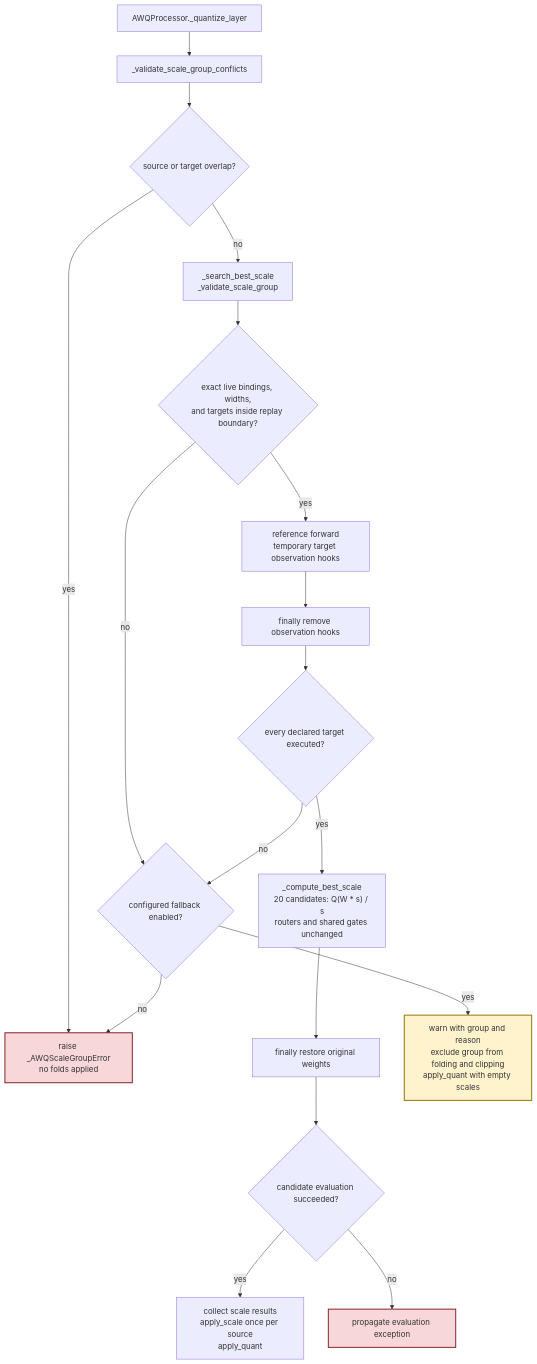
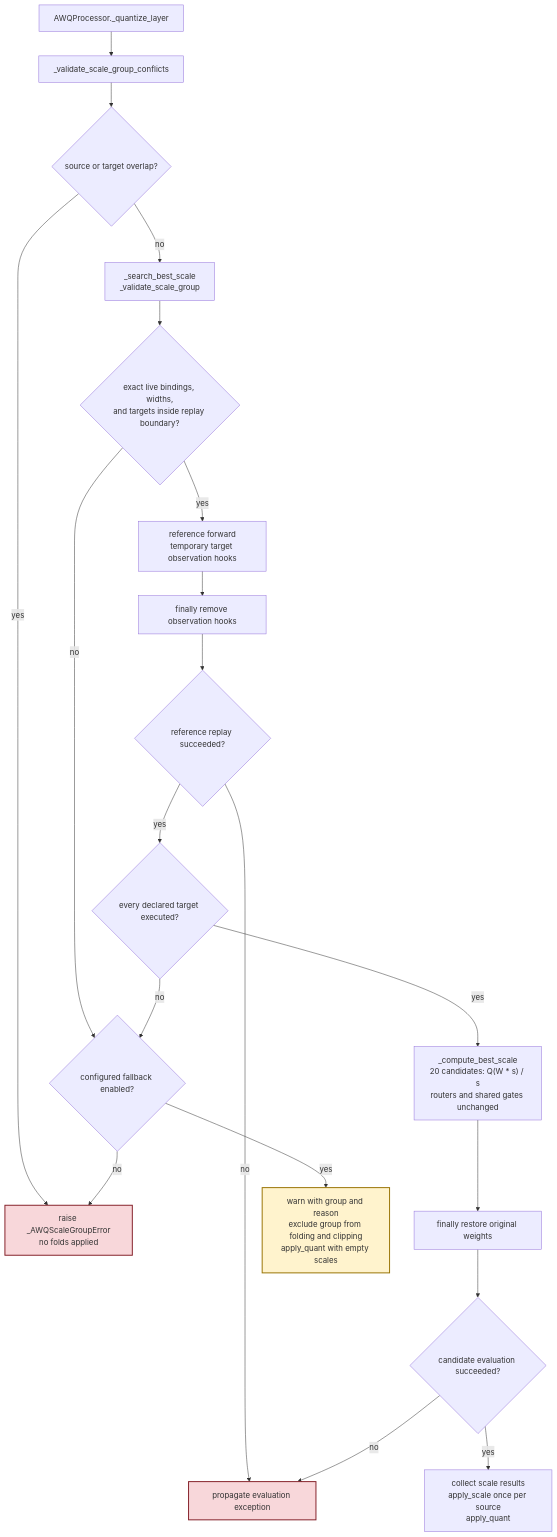
The second of 8 diagrams in docs/awq-scaling-groups.md (ModelCloud/GPTQModel), drawn with Mermaid before and after one commit. The commit also changed other lines of this file, not shown here.

Commit message:
docs(awq): clarify reference replay failure path

````diff
--- a/docs/awq-scaling-groups.md
+++ b/docs/awq-scaling-groups.md
@@ -75,23 +77,25 @@
 ```mermaid
 flowchart TD
     A["AWQProcessor._quantize_layer"] --> B["_validate_scale_group_conflicts"]
     B --> C{"source or target overlap?"}
     C -- "yes" --> X["raise _AWQScaleGroupError<br/>no folds applied"]
     C -- "no" --> D["_search_best_scale<br/>_validate_scale_group"]
     D --> E{"exact live bindings, widths,<br/>and targets inside replay boundary?"}
     E -- "no" --> F{"configured fallback enabled?"}
     E -- "yes" --> G["reference forward<br/>temporary target observation hooks"]
     G --> H["finally remove observation hooks"]
-    H --> I{"every declared target executed?"}
+    H --> R{"reference replay succeeded?"}
+    R -- "no" --> Y["propagate evaluation exception"]
+    R -- "yes" --> I{"every declared target executed?"}
     I -- "no" --> F
     I -- "yes" --> J["_compute_best_scale<br/>20 candidates: Q(W * s) / s<br/>routers and shared gates unchanged"]
     J --> K["finally restore original weights"]
     K --> L{"candidate evaluation succeeded?"}
     L -- "yes" --> M["collect scale results<br/>apply_scale once per source<br/>apply_quant"]
-    L -- "no" --> Y["propagate evaluation exception"]
+    L -- "no" --> Y
     F -- "yes" --> N["warn with group and reason<br/>exclude group from folding and clipping<br/>apply_quant with empty scales"]
     F -- "no" --> X
     style X fill:#f8d7da,stroke:#842029,stroke-width:2px
     style Y fill:#f8d7da,stroke:#842029,stroke-width:2px
     style N fill:#fff3cd,stroke:#997404,stroke-width:2px
 ```
````
